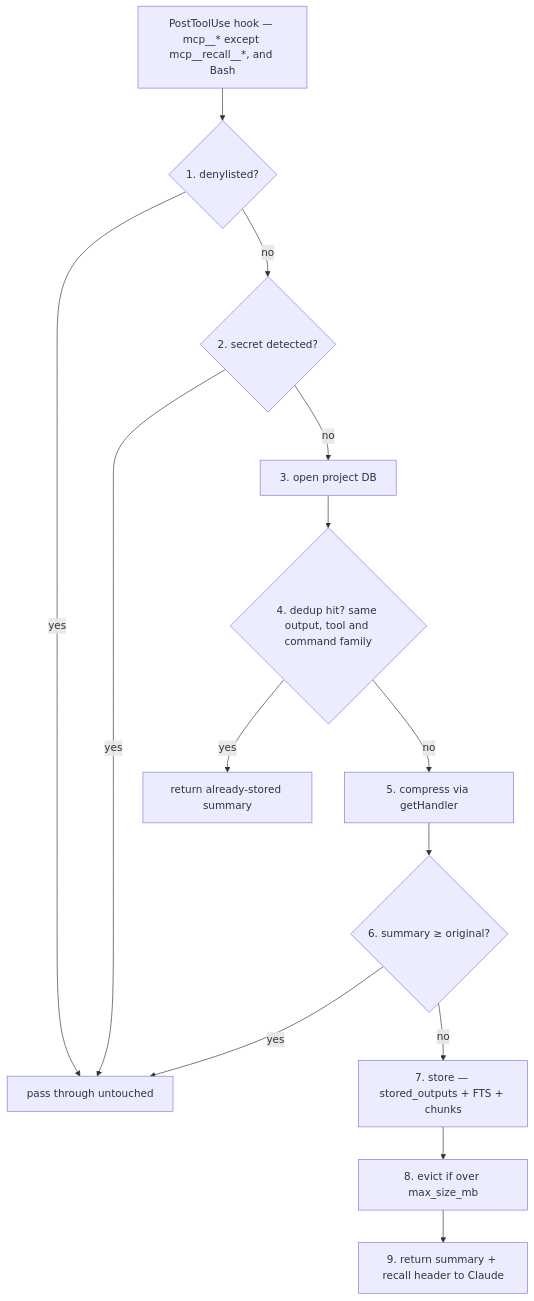
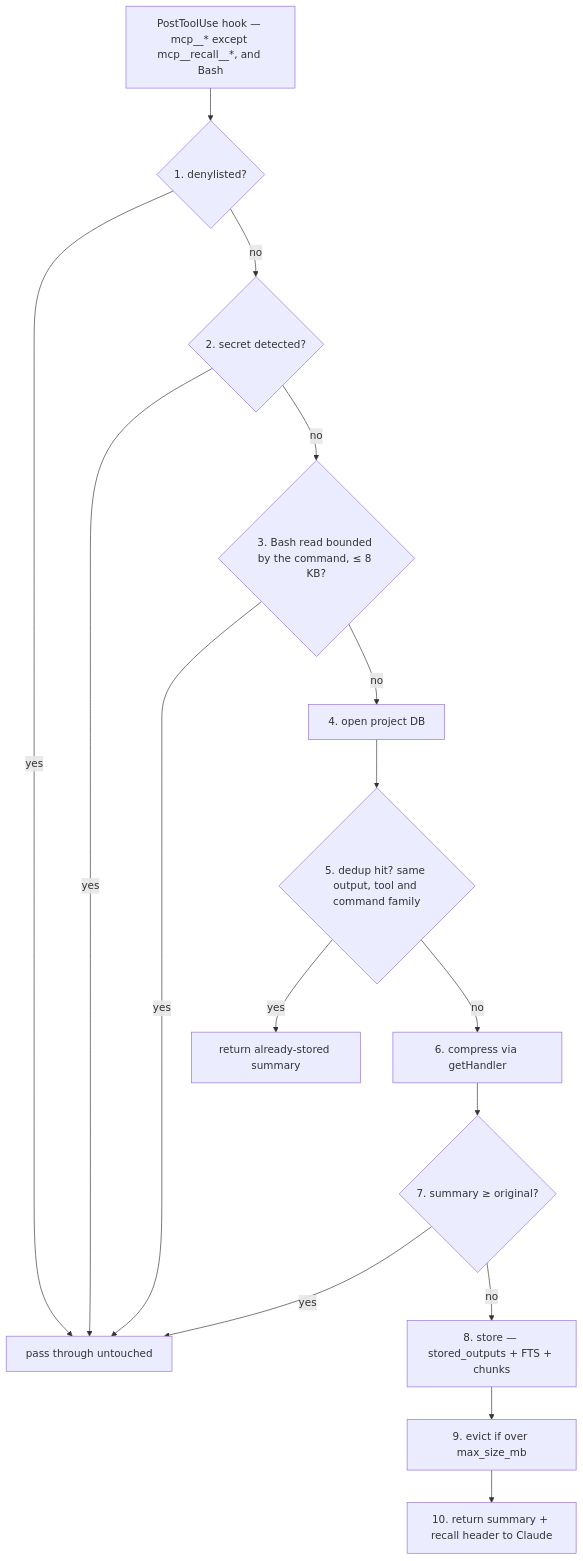
The diagram in docs/architecture.md (sakebomb/mcp-recall), drawn with Mermaid before and after one commit. The commit also changed other lines of this file and 8 other files, not shown here.

First line of the commit message:
fix(hooks): deliver a read the command bounded itself whole (#327)

````diff
--- a/docs/architecture.md
+++ b/docs/architecture.md
@@ -51,16 +54,18 @@
 ```mermaid
 flowchart TD
     H["PostToolUse hook — mcp__* except mcp__recall__*, and Bash"] --> S1
     S1{"1. denylisted?"} -->|yes| PASS["pass through untouched"]
     S1 -->|no| S2{"2. secret detected?"}
     S2 -->|yes| PASS
-    S2 -->|no| S3["3. open project DB"]
-    S3 --> S4{"4. dedup hit? same output, tool and command family"}
-    S4 -->|yes| CACHE["return already-stored summary"]
-    S4 -->|no| S5["5. compress via getHandler"]
-    S5 --> S6{"6. summary ≥ original?"}
-    S6 -->|yes| PASS
-    S6 -->|no| S7["7. store — stored_outputs + FTS + chunks"]
-    S7 --> S8["8. evict if over max_size_mb"]
-    S8 --> S9["9. return summary + recall header to Claude"]
+    S2 -->|no| S3{"3. Bash read bounded by the command, ≤ 8 KB?"}
+    S3 -->|yes| PASS
+    S3 -->|no| S4["4. open project DB"]
+    S4 --> S5{"5. dedup hit? same output, tool and command family"}
+    S5 -->|yes| CACHE["return already-stored summary"]
+    S5 -->|no| S6["6. compress via getHandler"]
+    S6 --> S7{"7. summary ≥ original?"}
+    S7 -->|yes| PASS
+    S7 -->|no| S8["8. store — stored_outputs + FTS + chunks"]
+    S8 --> S9["9. evict if over max_size_mb"]
+    S9 --> S10["10. return summary + recall header to Claude"]
 ```
````
